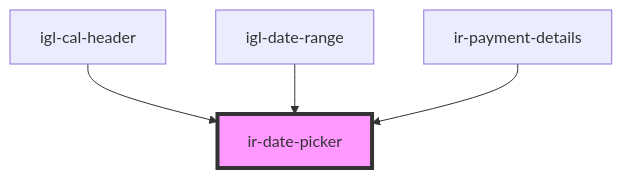
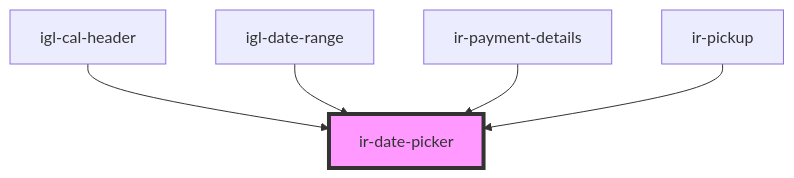
One commit to David1Chowaifaty/modified-ir-webcmp changed the diagram in src/components/ir-date-picker/readme.md. Above: the diagram before and after it, drawn with Mermaid. The commit also changed other lines of this file and 12 other files, not shown here.

````diff
--- a/src/components/ir-date-picker/readme.md
+++ b/src/components/ir-date-picker/readme.md
@@ -49,7 +50,8 @@
 ```mermaid
 graph TD;
   igl-cal-header --> ir-date-picker
   igl-date-range --> ir-date-picker
   ir-payment-details --> ir-date-picker
+  ir-pickup --> ir-date-picker
   style ir-date-picker fill:#f9f,stroke:#333,stroke-width:4px
 ```
````
